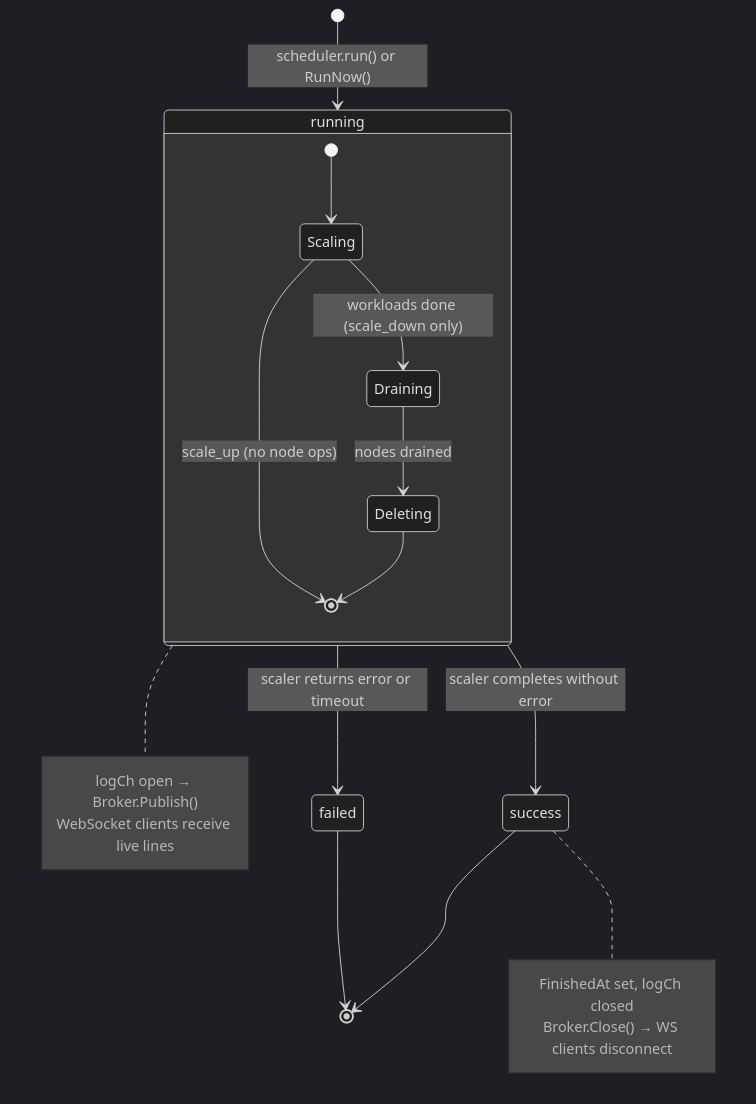
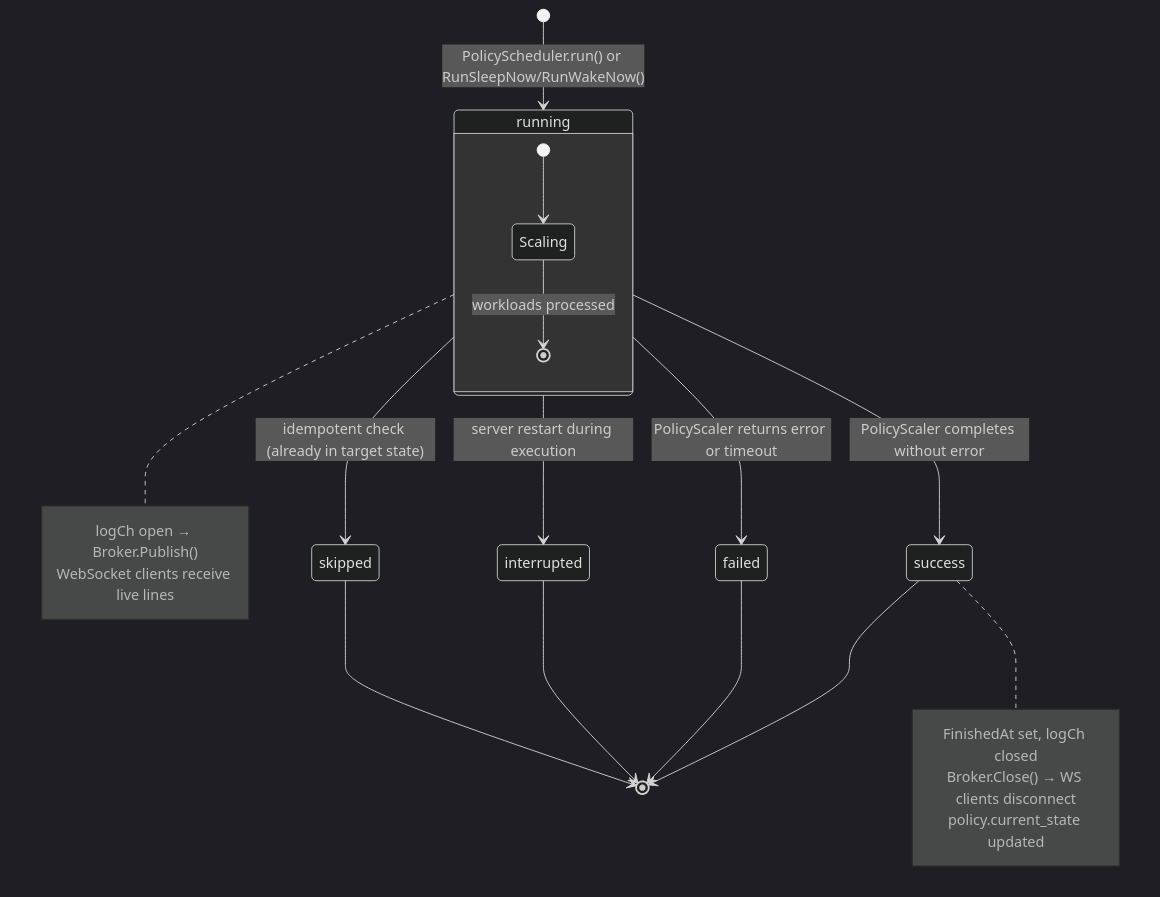
One commit to MacXsimilian/kube-phoenix changed the eighth of 9 diagrams in ARCHITECTURE.md. Above: the diagram before and after it, drawn with Mermaid (dark theme). The commit also changed other lines of this file and 6 other files, not shown here.

````diff
--- a/ARCHITECTURE.md
+++ b/ARCHITECTURE.md
@@ -2404,28 +2072,30 @@
 ```mermaid
 stateDiagram-v2
-    [*] --> running : scheduler.run() or RunNow()
+    [*] --> running : PolicyScheduler.run() or RunSleepNow/RunWakeNow()
 
-    running --> success : scaler completes without error
-    running --> failed : scaler returns error or timeout
+    running --> success : PolicyScaler completes without error
+    running --> failed : PolicyScaler returns error or timeout
+    running --> interrupted : server restart during execution
+    running --> skipped : idempotent check (already in target state)
 
     success --> [*]
     failed --> [*]
+    interrupted --> [*]
+    skipped --> [*]
 
     state running {
         [*] --> Scaling
-        Scaling --> Draining : workloads done (scale_down only)
-        Draining --> Deleting : nodes drained
-        Scaling --> [*] : scale_up (no node ops)
-        Deleting --> [*]
+        Scaling --> [*] : workloads processed
     }
 
     note right of running
         logCh open → Broker.Publish()
         WebSocket clients receive live lines
     end note
 
     note right of success
         FinishedAt set, logCh closed
         Broker.Close() → WS clients disconnect
+        policy.current_state updated
     end note
 ```
````
